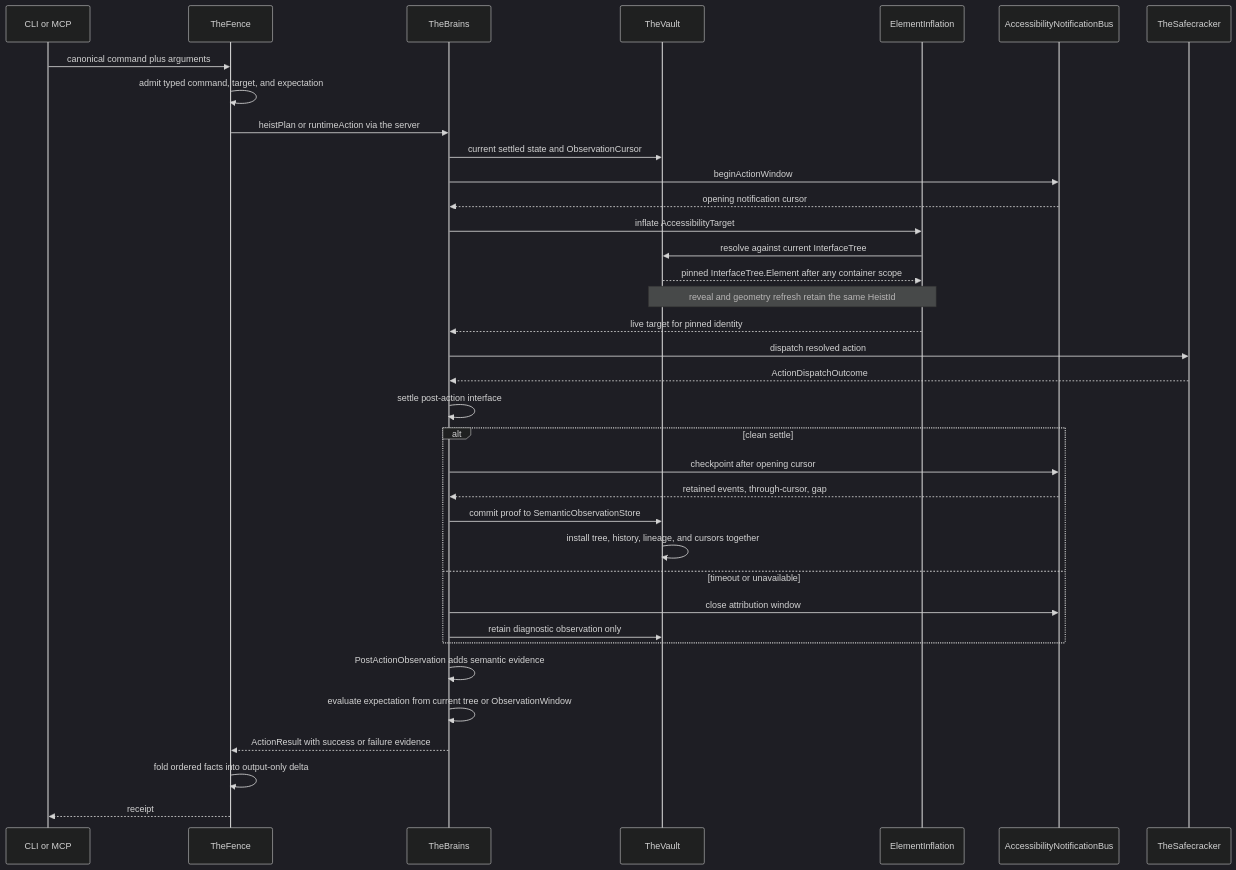
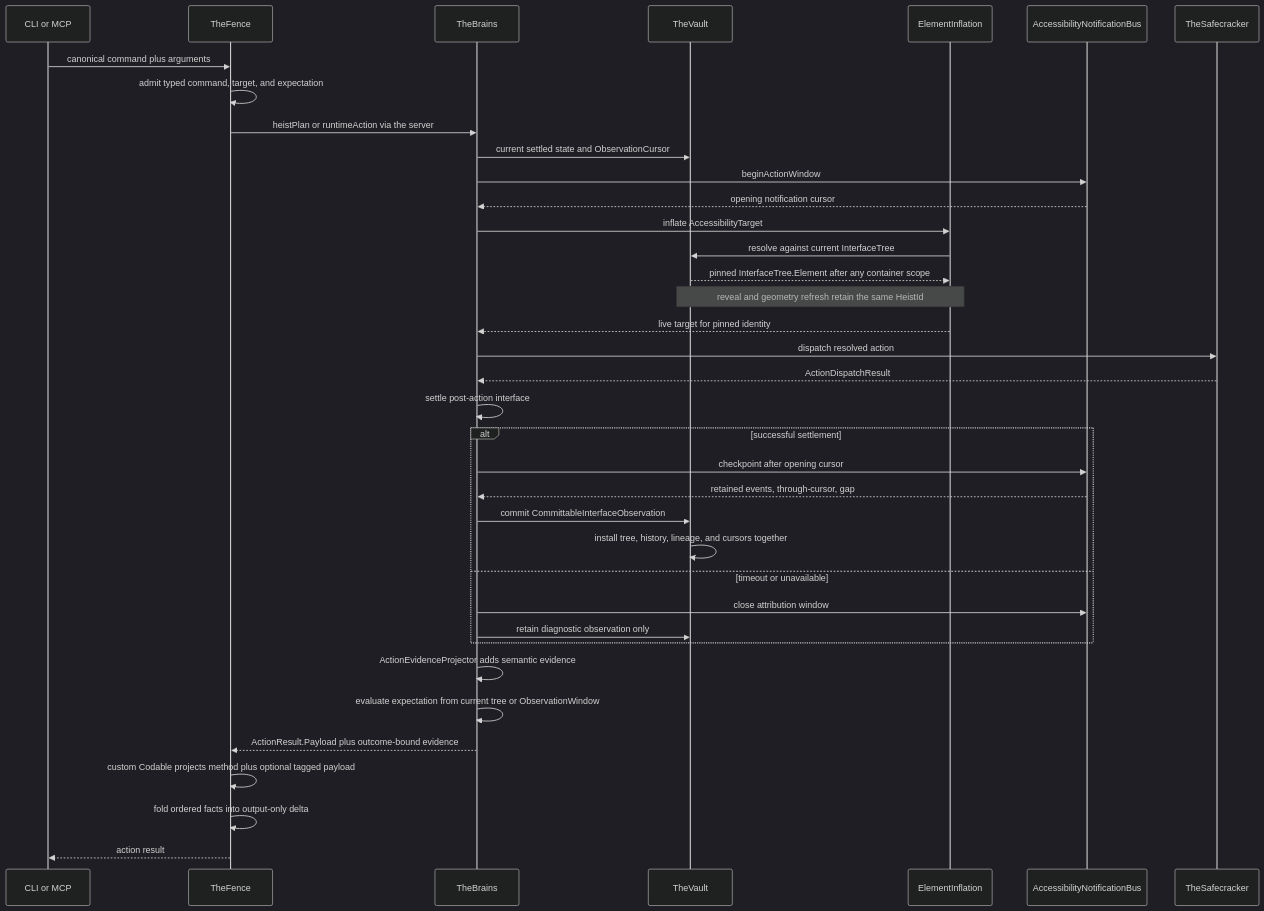
The diagram in docs/diagrams/action-pipeline.md (RoyalPineapple/TheButtonHeist), drawn with Mermaid (dark theme) before and after one commit. The commit also changed other lines of this file and 461 other files, not shown here.

````diff
--- a/docs/diagrams/action-pipeline.md
+++ b/docs/diagrams/action-pipeline.md
@@ -10,43 +10,44 @@
 ```mermaid
 sequenceDiagram
     participant Client as CLI or MCP
     participant Fence as TheFence
     participant Brains as TheBrains
     participant Vault as TheVault
     participant Inflation as ElementInflation
     participant Notifications as AccessibilityNotificationBus
     participant Safecracker as TheSafecracker
 
     Client->>Fence: canonical command plus arguments
     Fence->>Fence: admit typed command, target, and expectation
     Fence->>Brains: heistPlan or runtimeAction via the server
     Brains->>Vault: current settled state and ObservationCursor
     Brains->>Notifications: beginActionWindow
     Notifications-->>Brains: opening notification cursor
 
     Brains->>Inflation: inflate AccessibilityTarget
     Inflation->>Vault: resolve against current InterfaceTree
     Vault-->>Inflation: pinned InterfaceTree.Element after any container scope
     Note over Inflation,Vault: reveal and geometry refresh retain the same HeistId
     Inflation-->>Brains: live target for pinned identity
 
     Brains->>Safecracker: dispatch resolved action
-    Safecracker-->>Brains: ActionDispatchOutcome
+    Safecracker-->>Brains: ActionDispatchResult
     Brains->>Brains: settle post-action interface
 
-    alt clean settle
+    alt successful settlement
         Brains->>Notifications: checkpoint after opening cursor
         Notifications-->>Brains: retained events, through-cursor, gap
-        Brains->>Vault: commit proof to SemanticObservationStore
+        Brains->>Vault: commit CommittableInterfaceObservation
         Vault->>Vault: install tree, history, lineage, and cursors together
     else timeout or unavailable
         Brains->>Notifications: close attribution window
         Brains->>Vault: retain diagnostic observation only
     end
 
-    Brains->>Brains: PostActionObservation adds semantic evidence
+    Brains->>Brains: ActionEvidenceProjector adds semantic evidence
     Brains->>Brains: evaluate expectation from current tree or ObservationWindow
-    Brains-->>Fence: ActionResult with success or failure evidence
+    Brains-->>Fence: ActionResult.Payload plus outcome-bound evidence
+    Fence->>Fence: custom Codable projects method plus optional tagged payload
     Fence->>Fence: fold ordered facts into output-only delta
-    Fence-->>Client: receipt
+    Fence-->>Client: action result
 ```
````
